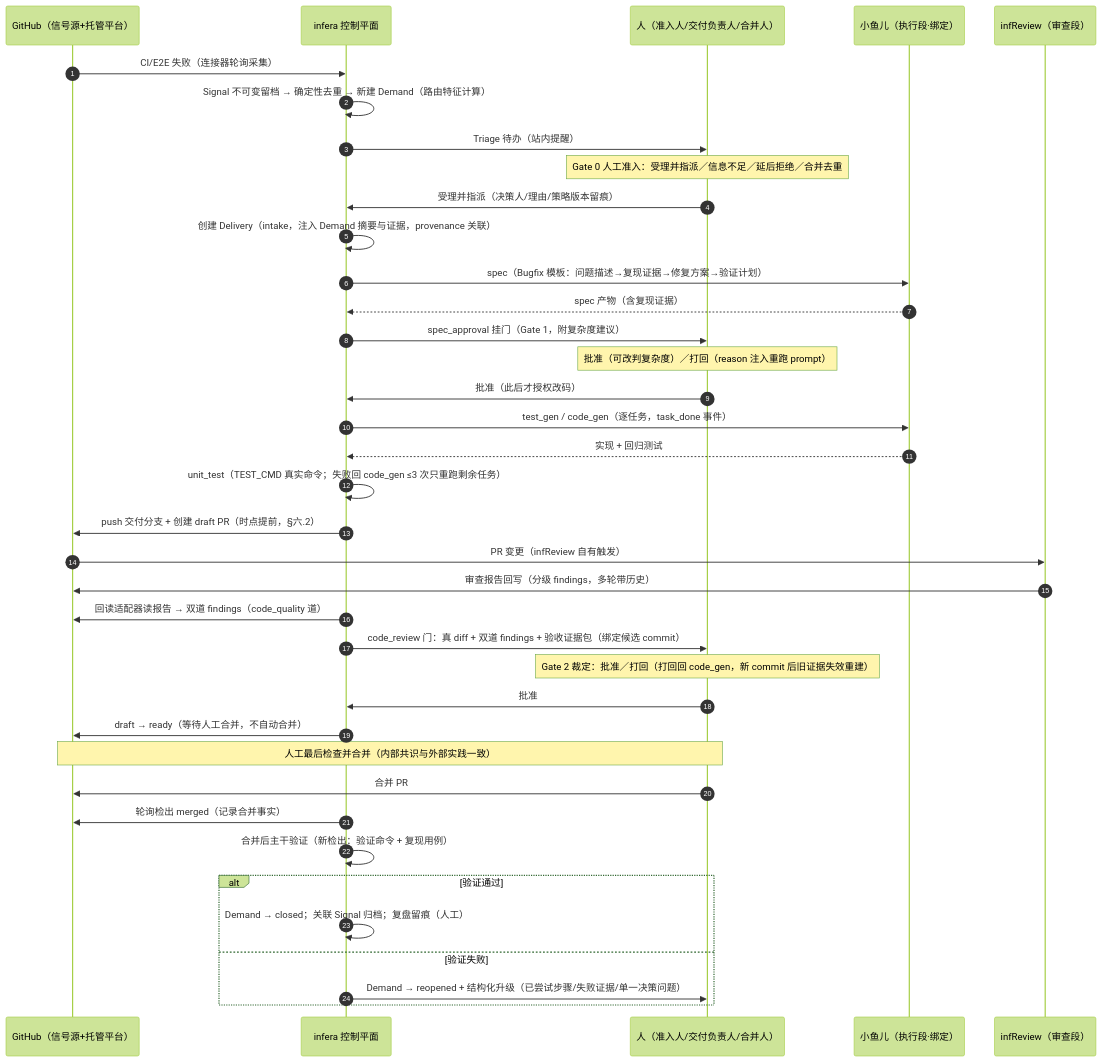
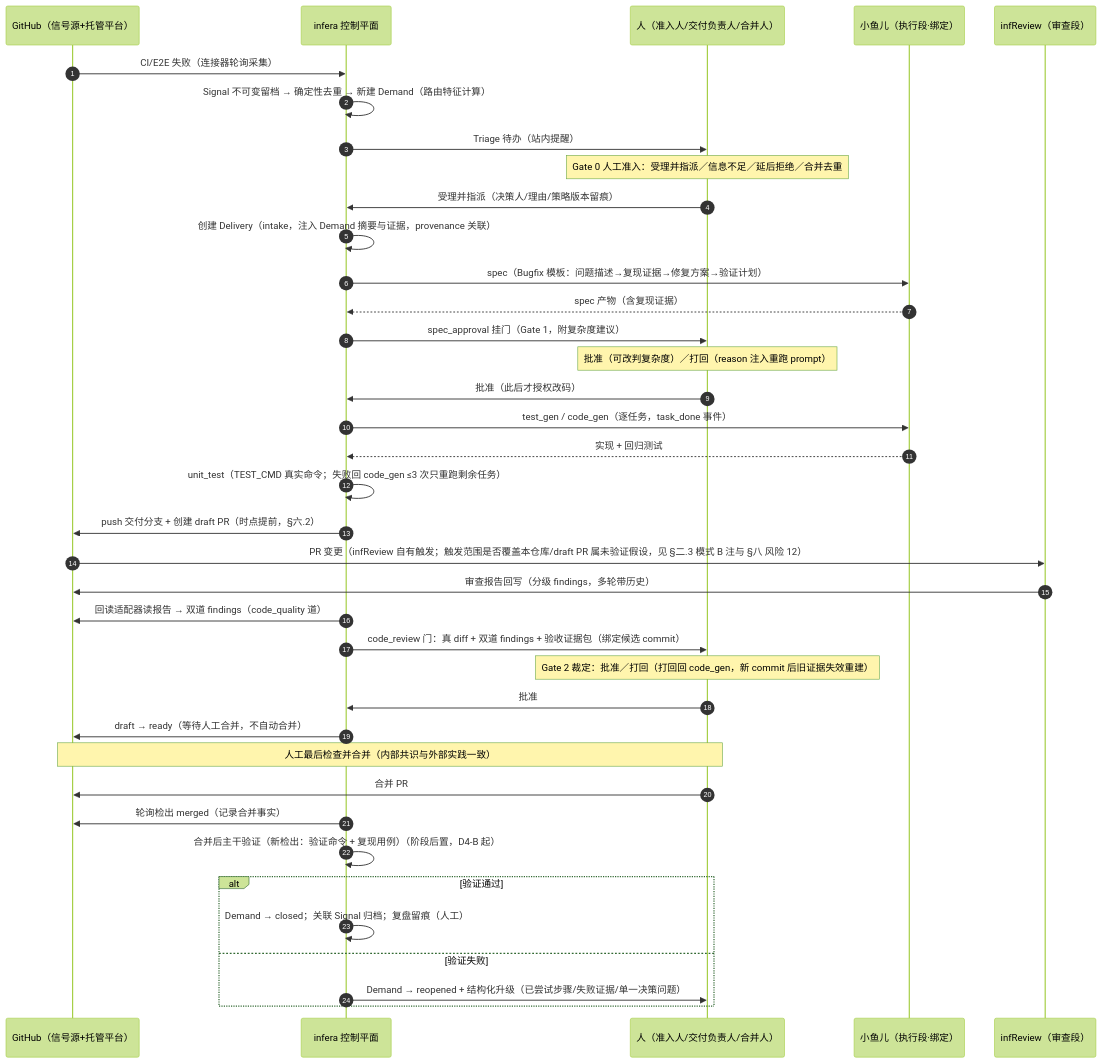
One commit to huiyangz/infera changed the third of 4 diagrams in docs/自动化生产推进/05-MVP架构设计_2026-08-20.md. Above: the diagram before and after it, drawn with Mermaid (forest theme). The commit also changed other lines of this file and 4 other files, not shown here.

````diff
--- a/docs/自动化生产推进/05-MVP架构设计_2026-08-20.md
+++ b/docs/自动化生产推进/05-MVP架构设计_2026-08-20.md
@@ -284,44 +284,44 @@
 ```mermaid
 sequenceDiagram
   autonumber
   participant GH as GitHub（信号源+托管平台）
   participant INF as infera 控制平面
   participant HU as 人（准入人/交付负责人/合并人）
   participant XY as 小鱼儿（执行段·绑定）
   participant RV as infReview（审查段）
 
   GH->>INF: CI/E2E 失败（连接器轮询采集）
   INF->>INF: Signal 不可变留档 → 确定性去重 → 新建 Demand（路由特征计算）
   INF->>HU: Triage 待办（站内提醒）
   Note over HU: Gate 0 人工准入：受理并指派／信息不足／延后拒绝／合并去重
   HU->>INF: 受理并指派（决策人/理由/策略版本留痕）
   INF->>INF: 创建 Delivery（intake，注入 Demand 摘要与证据，provenance 关联）
 
   INF->>XY: spec（Bugfix 模板：问题描述→复现证据→修复方案→验证计划）
   XY-->>INF: spec 产物（含复现证据）
   INF->>HU: spec_approval 挂门（Gate 1，附复杂度建议）
   Note over HU: 批准（可改判复杂度）／打回（reason 注入重跑 prompt）
   HU->>INF: 批准（此后才授权改码）
   INF->>XY: test_gen / code_gen（逐任务，task_done 事件）
   XY-->>INF: 实现 + 回归测试
   INF->>INF: unit_test（TEST_CMD 真实命令；失败回 code_gen ≤3 次只重跑剩余任务）
 
   INF->>GH: push 交付分支 + 创建 draft PR（时点提前，§六.2）
-  GH->>RV: PR 变更（infReview 自有触发）
+  GH->>RV: PR 变更（infReview 自有触发；触发范围是否覆盖本仓库/draft PR 属未验证假设，见 §二.3 模式 B 注与 §八 风险 12）
   RV->>GH: 审查报告回写（分级 findings，多轮带历史）
   INF->>GH: 回读适配器读报告 → 双道 findings（code_quality 道）
   INF->>HU: code_review 门：真 diff + 双道 findings + 验收证据包（绑定候选 commit）
   Note over HU: Gate 2 裁定：批准／打回（打回回 code_gen，新 commit 后旧证据失效重建）
   HU->>INF: 批准
   INF->>GH: draft → ready（等待人工合并，不自动合并）
 
   Note over GH,HU: 人工最后检查并合并（内部共识与外部实践一致）
   HU->>GH: 合并 PR
   INF->>GH: 轮询检出 merged（记录合并事实）
-  INF->>INF: 合并后主干验证（新检出：验证命令 + 复现用例）
+  INF->>INF: 合并后主干验证（新检出：验证命令 + 复现用例）（阶段后置，D4-B 起）
   alt 验证通过
     INF->>INF: Demand → closed；关联 Signal 归档；复盘留痕（人工）
   else 验证失败
     INF->>HU: Demand → reopened + 结构化升级（已尝试步骤/失败证据/单一决策问题）
   end
 ```
````
